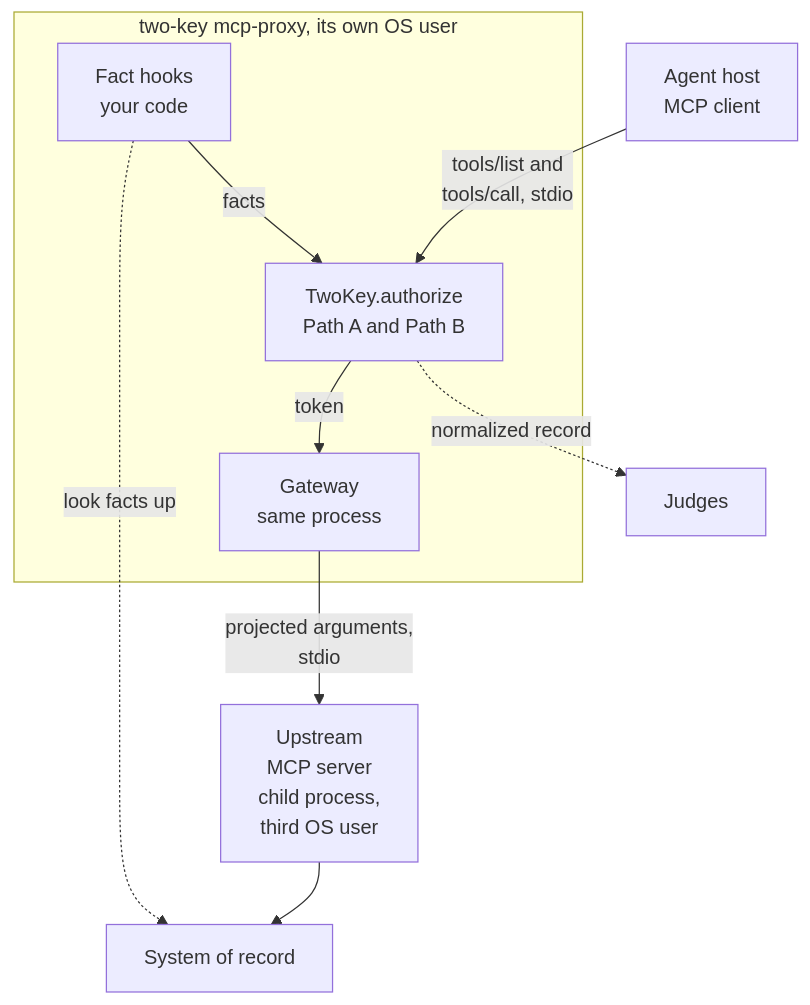
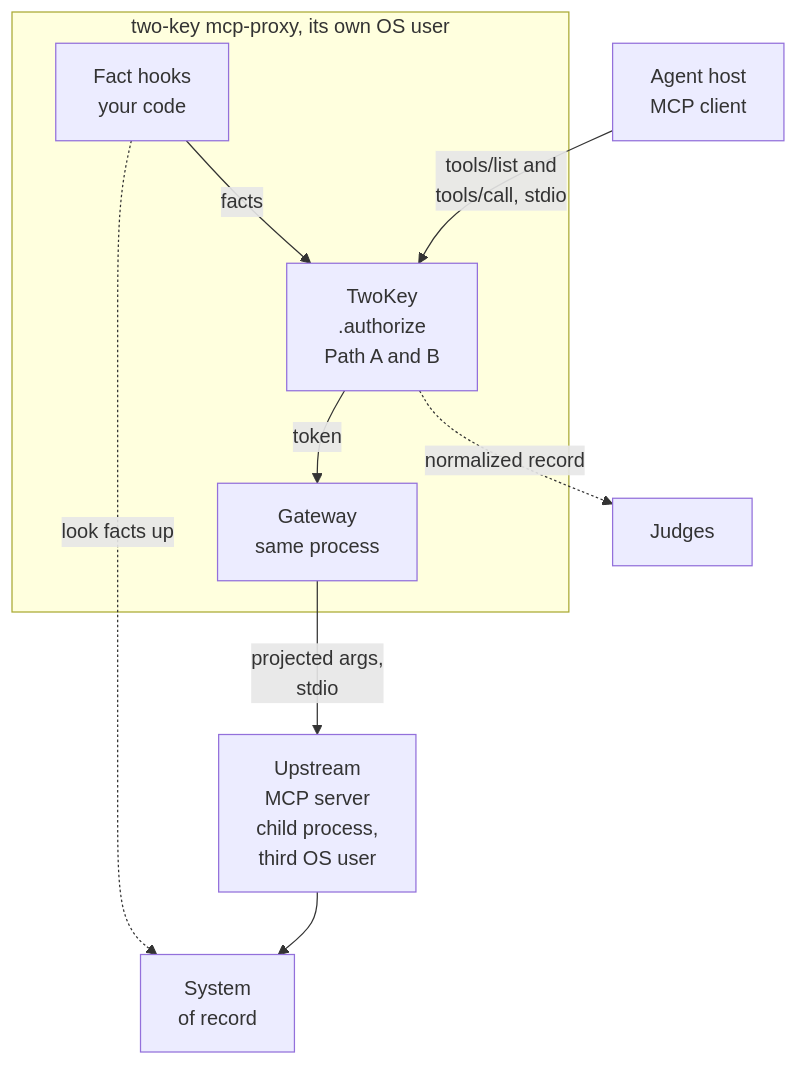
The first of 4 diagrams in README.md (Insomniac-VibeLabs/two-key), drawn with Mermaid before and after one commit. The commit also changed 2 other files, not shown here.

Commit message:
README, HOWTO: MCP proxy diagram labels broken into short lines so GitHub does not clip them
Claude-Session: https://claude.ai/code/session_011biw9Ed3iKUR9daCby2BvB

````diff
--- a/README.md
+++ b/README.md
@@ -143,12 +143,12 @@
 ```mermaid
 flowchart TD
   host["Agent host<br/>MCP client"] -- "tools/list and<br/>tools/call, stdio" --> tk
   subgraph proxy["two-key mcp-proxy, its own OS user"]
-    hooks["Fact hooks<br/>your code"] -- "facts" --> tk["TwoKey.authorize<br/>Path A and Path B"]
+    hooks["Fact hooks<br/>your code"] -- "facts" --> tk["TwoKey<br/>.authorize<br/>Path A and B"]
     tk -- "token" --> gw["Gateway<br/>same process"]
   end
   tk -. "normalized record" .-> judges["Judges"]
-  gw -- "projected arguments,<br/>stdio" --> up["Upstream<br/>MCP server<br/>child process,<br/>third OS user"]
-  up --> sor["System of record"]
+  gw -- "projected args,<br/>stdio" --> up["Upstream<br/>MCP server<br/>child process,<br/>third OS user"]
+  up --> sor["System<br/>of record"]
   hooks -. "look facts up" .-> sor
 ```
````
